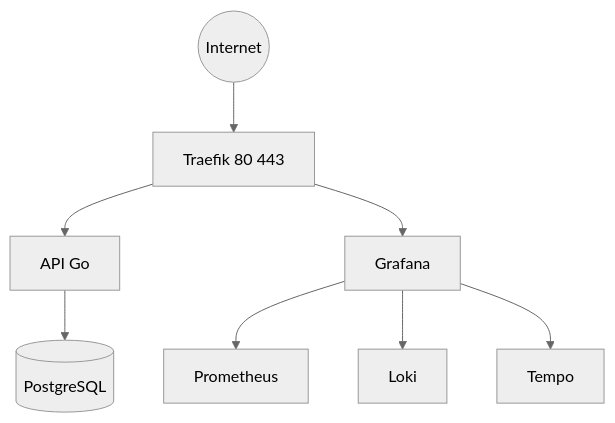
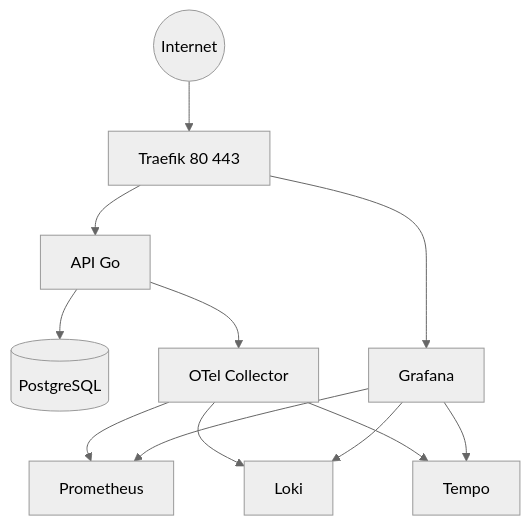
One commit to PabloPavan/sniply_api changed the first of 2 diagrams in README.dev.md. Above: the diagram before and after it, drawn with Mermaid (neutral theme). The commit also changed other lines of this file and 2 other files, not shown here.

````diff
--- a/README.dev.md
+++ b/README.dev.md
@@ -77,10 +81,14 @@
 ```mermaid
 flowchart TD
   I((Internet)) --> T[Traefik 80 443]
   T --> A[API Go]
   A --> D[(PostgreSQL)]
   T --> G[Grafana]
-  G --> P[Prometheus]
-  G --> L[Loki]
-  G --> M[Tempo]
+  A --> C[OTel Collector]
+  C --> P[Prometheus]
+  C --> L[Loki]
+  C --> M[Tempo]
+  G --> P
+  G --> L
+  G --> M
 ```
````
